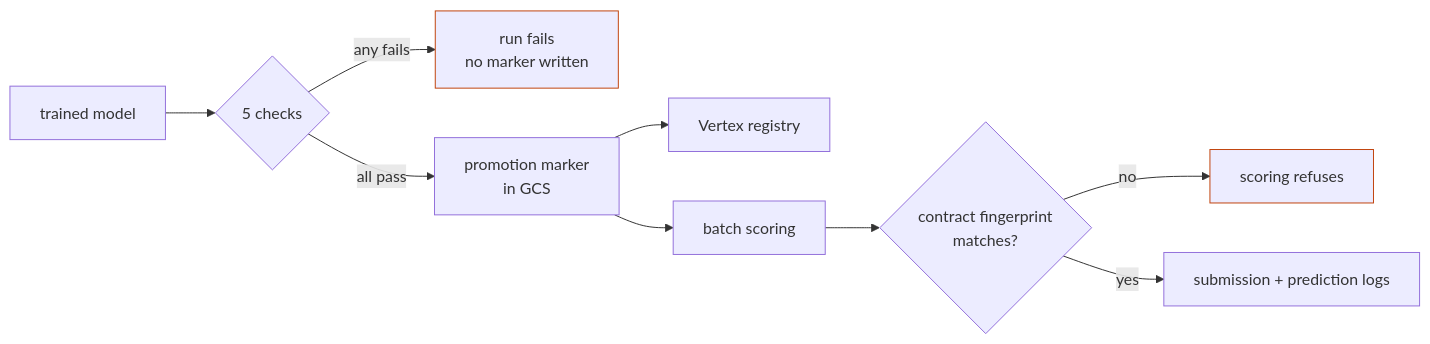
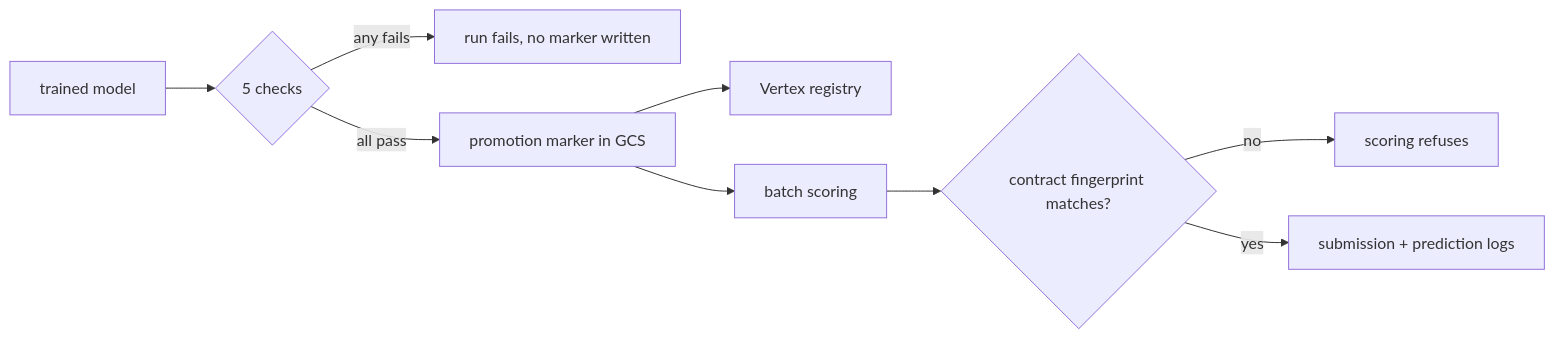
Before and after one commit to jjabuk/fraud-detection-mlops: the diagram in README.md, drawn with Mermaid. The commit also changed other lines of this file and 14 other files, not shown here.

````diff
--- a/README.md
+++ b/README.md
@@ -94,14 +57,11 @@
 ```mermaid
 flowchart LR
     M[trained model] --> G{5 checks}
-    G -->|any fails| X[run fails<br/>no marker written]
-    G -->|all pass| P[promotion marker<br/>in GCS]
+    G -->|any fails| X[run fails, no marker written]
+    G -->|all pass| P[promotion marker in GCS]
     P --> R[Vertex registry]
     P --> S[batch scoring]
-    S --> F{contract fingerprint<br/>matches?}
+    S --> F{contract fingerprint matches?}
     F -->|no| X2[scoring refuses]
     F -->|yes| O[submission + prediction logs]
-
-    style X stroke:#c1440e
-    style X2 stroke:#c1440e
 ```
````
